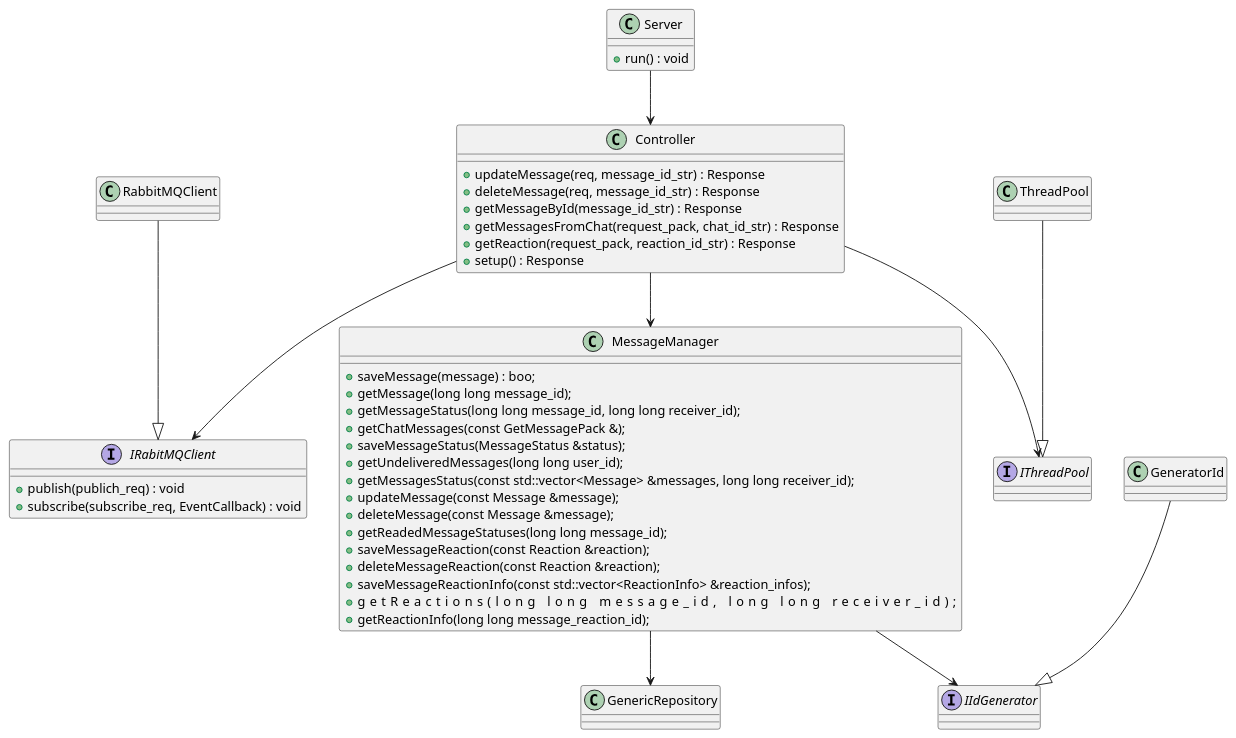
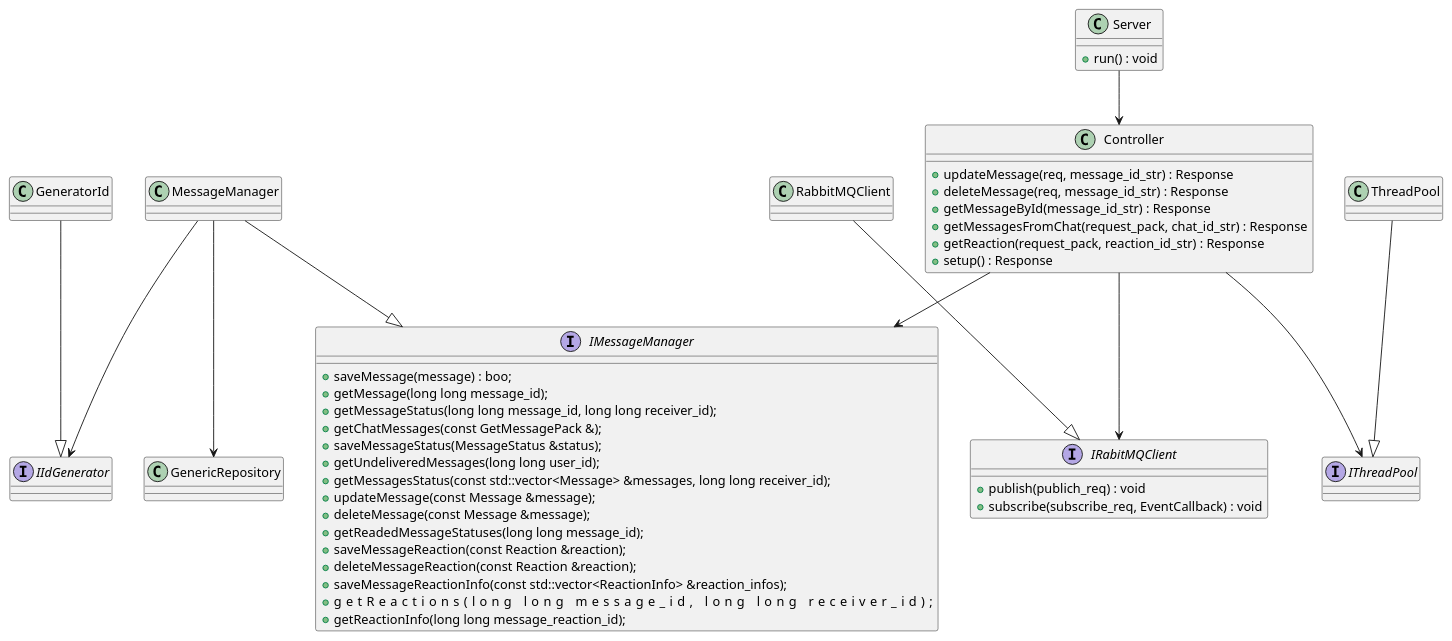
Before and after one commit to Roma3214185/Messanger: the diagram in docs/architecture/services/messageservice.puml, drawn with PlantUML.

Commit message:
Update messageservice documantation

```diff
--- a/docs/architecture/services/messageservice.puml
+++ b/docs/architecture/services/messageservice.puml
@@ -1,71 +1,72 @@
 @startuml
 
 class Server {
   + run() : void
 }
 
 class Controller {
   + updateMessage(req, message_id_str) : Response
   + deleteMessage(req, message_id_str) : Response
   + getMessageById(message_id_str) : Response
   + getMessagesFromChat(request_pack, chat_id_str) : Response
   + getReaction(request_pack, reaction_id_str) : Response
   + setup() : Response
 }
 
-class MessageManager {
+interface IMessageManager {
   + saveMessage(message) : boo;
   + getMessage(long long message_id);
   + getMessageStatus(long long message_id, long long receiver_id);
   + getChatMessages(const GetMessagePack &);
   + saveMessageStatus(MessageStatus &status);
   + getUndeliveredMessages(long long user_id);
   + getMessagesStatus(const std::vector<Message> &messages, long long receiver_id);
   + updateMessage(const Message &message);
   + deleteMessage(const Message &message);
   + getReadedMessageStatuses(long long message_id);
   + saveMessageReaction(const Reaction &reaction);
   + deleteMessageReaction(const Reaction &reaction);
   + saveMessageReactionInfo(const std::vector<ReactionInfo> &reaction_infos);
   + getReactions(long long message_id,                                                                            long long receiver_id);
   + getReactionInfo(long long message_reaction_id);
 }
 
 
 interface IRabitMQClient {
   + publish(publich_req) : void
   + subscribe(subscribe_req, EventCallback) : void
 }
 
 class RabbitMQClient {
 
 }
 
 interface IThreadPool {
 }
 
 class ThreadPool {
 }
 
 interface IIdGenerator {
 
 }
 
 RabbitMQClient --|> IRabitMQClient
 
 Server --> Controller
 
 Controller --> IRabitMQClient
 Controller --> IThreadPool
-Controller --> MessageManager
+Controller --> IMessageManager
 
+MessageManager --|> IMessageManager
 MessageManager --> GenericRepository
 MessageManager --> IIdGenerator
 
 GeneratorId --|> IIdGenerator
 
 ThreadPool --|> IThreadPool
 
 
 
 @enduml
```
